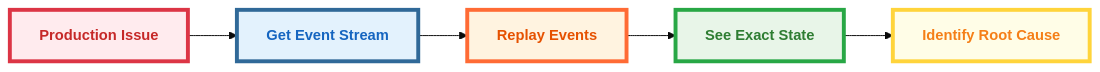
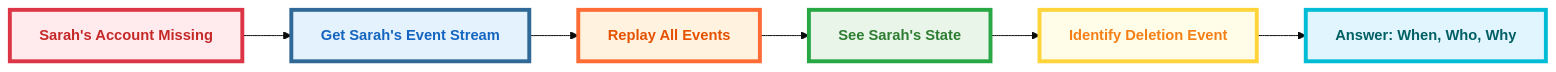
Before and after one commit to anmarkoulis/event-sourcing: the diagram in docs/presentation/diagrams/source/debugging-superpowers.mmd, drawn with Mermaid (base theme). The commit also changed 4 other files, not shown here.

```diff
--- a/docs/presentation/diagrams/source/debugging-superpowers.mmd
+++ b/docs/presentation/diagrams/source/debugging-superpowers.mmd
@@ -1,11 +1,13 @@
 graph LR
-    A[Production Issue<br/>] --> B[Get Event Stream<br/>]
-    B --> C[Replay Events<br/>]
-    C --> D[See Exact State<br/>]
-    D --> E[Identify Root Cause<br/>]
+    A[Sarah's Account Missing<br/>] --> B[Get Sarah's Event Stream<br/>]
+    B --> C[Replay All Events<br/>]
+    C --> D[See Sarah's State<br/>]
+    D --> E[Identify Deletion Event<br/>]
+    E --> F[Answer: When, Who, Why<br/>]
 
     style A fill:#FFEBEE,stroke:#DC3545,stroke-width:4px,color:#C62828,font-weight:bold,font-size:15px,font-family:sans-serif
     style B fill:#E3F2FD,stroke:#306998,stroke-width:4px,color:#1565C0,font-weight:bold,font-size:15px,font-family:sans-serif
     style C fill:#FFF3E0,stroke:#FF6B35,stroke-width:4px,color:#E65100,font-weight:bold,font-size:15px,font-family:sans-serif
     style D fill:#E8F5E8,stroke:#28A745,stroke-width:4px,color:#2E7D32,font-weight:bold,font-size:15px,font-family:sans-serif
     style E fill:#FFFDE7,stroke:#FFD43B,stroke-width:4px,color:#F57F17,font-weight:bold,font-size:15px,font-family:sans-serif
+    style F fill:#E1F5FE,stroke:#00BCD4,stroke-width:4px,color:#006064,font-weight:bold,font-size:15px,font-family:sans-serif
```
